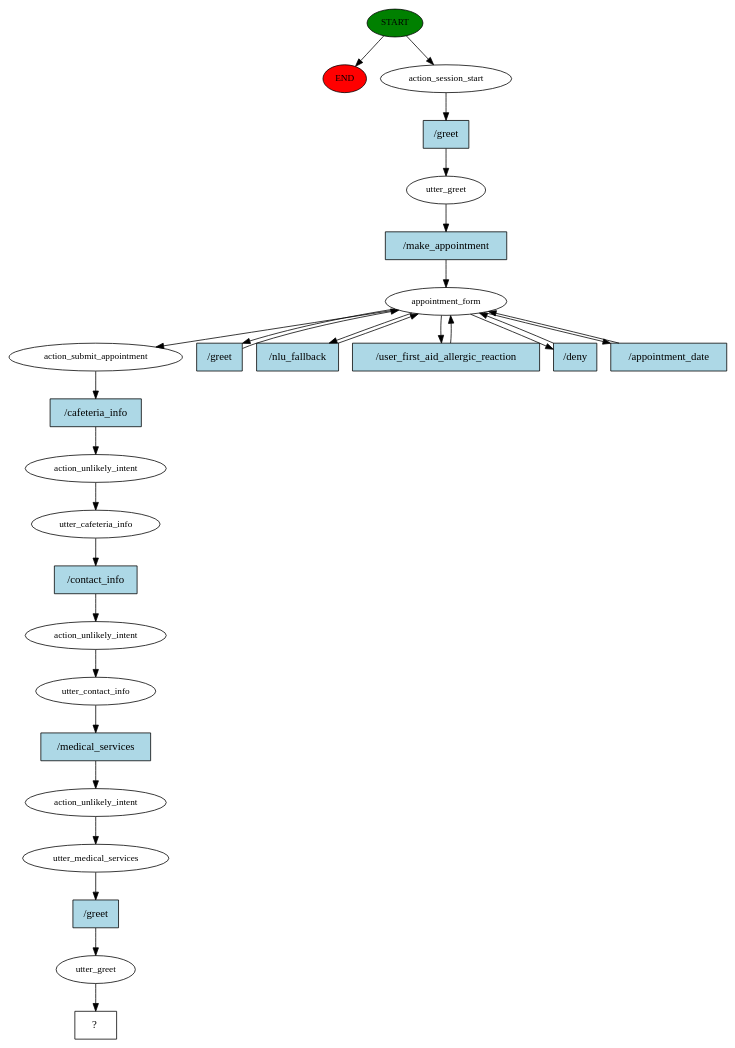
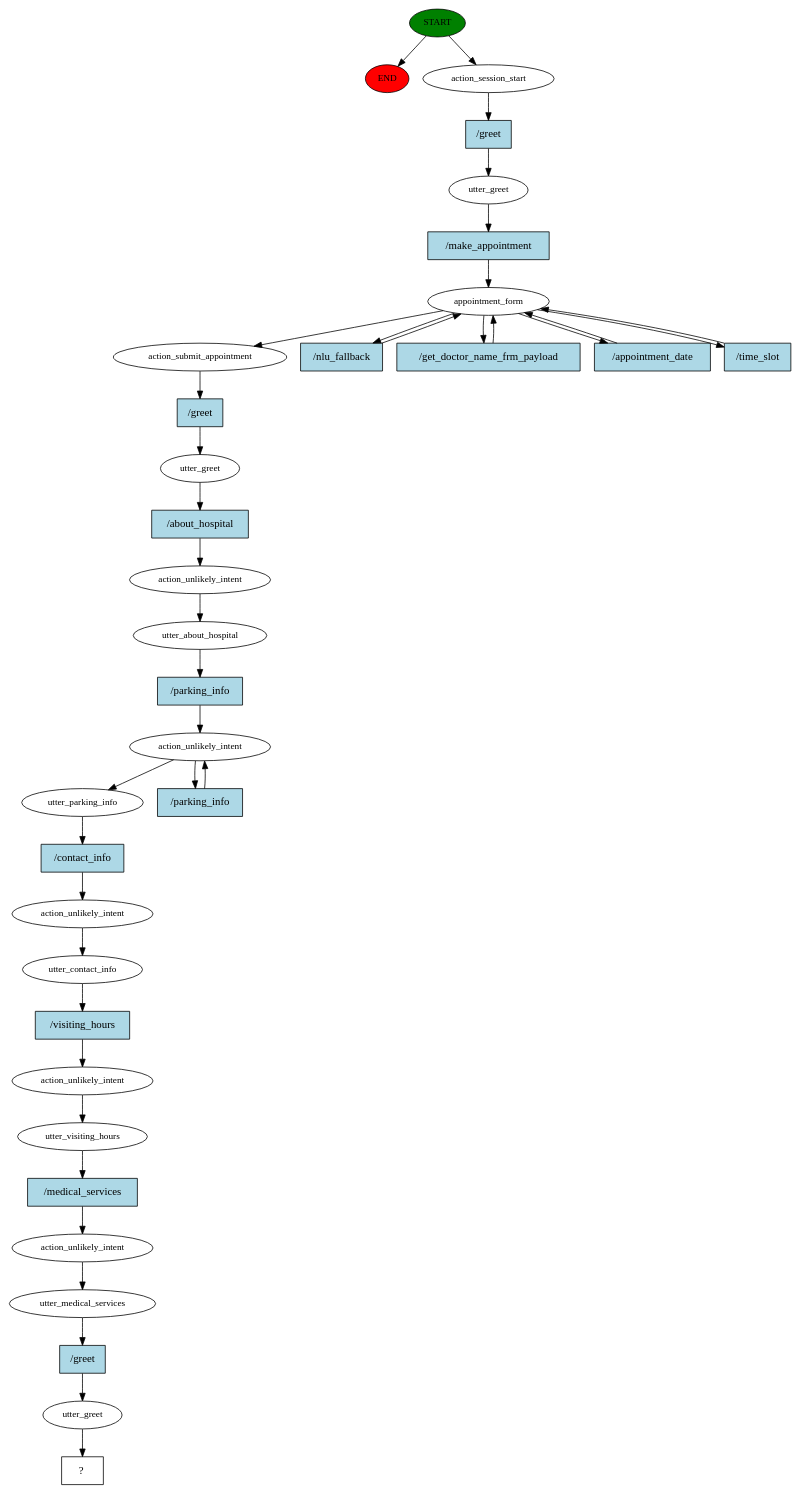
The diagram in story_graph.dot (Localized-Medical-Chatbot/Medical_Chatbot), drawn with Graphviz before and after one commit. The commit also changed 7 other files, not shown here.

```diff
--- a/story_graph.dot
+++ b/story_graph.dot
@@ -1,56 +1,72 @@
 digraph  {
 0 [class="start active", fillcolor=green, fontsize=12, label=START, style=filled];
 "-1" [class=end, fillcolor=red, fontsize=12, label=END, style=filled];
 1 [class=active, fontsize=12, label=action_session_start];
 2 [class=active, fontsize=12, label=utter_greet];
 3 [class=active, fontsize=12, label=appointment_form];
 10 [class=active, fontsize=12, label=action_submit_appointment];
-11 [class=active, fontsize=12, label=action_unlikely_intent];
-12 [class=active, fontsize=12, label=utter_cafeteria_info];
-13 [class=active, fontsize=12, label=action_unlikely_intent];
-14 [class=active, fontsize=12, label=utter_contact_info];
-15 [class=active, fontsize=12, label=action_unlikely_intent];
-16 [class=active, fontsize=12, label=utter_medical_services];
-17 [class=active, fontsize=12, label=utter_greet];
-18 [class="intent dashed active", label="  ?  ", shape=rect];
-19 [class="intent active", fillcolor=lightblue, label="/greet", shape=rect, style=filled];
-20 [class="intent active", fillcolor=lightblue, label="/make_appointment", shape=rect, style=filled];
-21 [class="intent active", fillcolor=lightblue, label="/greet", shape=rect, style=filled];
-22 [class="intent active", fillcolor=lightblue, label="/nlu_fallback", shape=rect, style=filled];
-23 [class="intent active", fillcolor=lightblue, label="/user_first_aid_allergic_reaction", shape=rect, style=filled];
-24 [class="intent active", fillcolor=lightblue, label="/deny", shape=rect, style=filled];
-25 [class="intent active", fillcolor=lightblue, label="/appointment_date", shape=rect, style=filled];
-26 [class="intent active", fillcolor=lightblue, label="/cafeteria_info", shape=rect, style=filled];
-27 [class="intent active", fillcolor=lightblue, label="/contact_info", shape=rect, style=filled];
-28 [class="intent active", fillcolor=lightblue, label="/medical_services", shape=rect, style=filled];
-29 [class="intent active", fillcolor=lightblue, label="/greet", shape=rect, style=filled];
+11 [class=active, fontsize=12, label=utter_greet];
+12 [class=active, fontsize=12, label=action_unlikely_intent];
+13 [class=active, fontsize=12, label=utter_about_hospital];
+14 [class=active, fontsize=12, label=action_unlikely_intent];
+16 [class=active, fontsize=12, label=utter_parking_info];
+17 [class=active, fontsize=12, label=action_unlikely_intent];
+18 [class=active, fontsize=12, label=utter_contact_info];
+19 [class=active, fontsize=12, label=action_unlikely_intent];
+20 [class=active, fontsize=12, label=utter_visiting_hours];
+21 [class=active, fontsize=12, label=action_unlikely_intent];
+22 [class=active, fontsize=12, label=utter_medical_services];
+23 [class=active, fontsize=12, label=utter_greet];
+24 [class="intent dashed active", label="  ?  ", shape=rect];
+25 [class="intent active", fillcolor=lightblue, label="/greet", shape=rect, style=filled];
+26 [class="intent active", fillcolor=lightblue, label="/make_appointment", shape=rect, style=filled];
+27 [class="intent active", fillcolor=lightblue, label="/nlu_fallback", shape=rect, style=filled];
+28 [class="intent active", fillcolor=lightblue, label="/get_doctor_name_frm_payload", shape=rect, style=filled];
+29 [class="intent active", fillcolor=lightblue, label="/appointment_date", shape=rect, style=filled];
+30 [class="intent active", fillcolor=lightblue, label="/time_slot", shape=rect, style=filled];
+31 [class="intent active", fillcolor=lightblue, label="/greet", shape=rect, style=filled];
+32 [class="intent active", fillcolor=lightblue, label="/about_hospital", shape=rect, style=filled];
+33 [class="intent active", fillcolor=lightblue, label="/parking_info", shape=rect, style=filled];
+34 [class="intent active", fillcolor=lightblue, label="/parking_info", shape=rect, style=filled];
+35 [class="intent active", fillcolor=lightblue, label="/contact_info", shape=rect, style=filled];
+36 [class="intent active", fillcolor=lightblue, label="/visiting_hours", shape=rect, style=filled];
+37 [class="intent active", fillcolor=lightblue, label="/medical_services", shape=rect, style=filled];
+38 [class="intent active", fillcolor=lightblue, label="/greet", shape=rect, style=filled];
 0 -> "-1"  [class="", key=NONE, label=""];
 0 -> 1  [class=active, key=NONE, label=""];
-1 -> 19  [class=active, key=0];
-2 -> 20  [class=active, key=0];
+1 -> 25  [class=active, key=0];
+2 -> 26  [class=active, key=0];
 3 -> 10  [class=active, key=NONE, label=""];
-3 -> 21  [class=active, key=0];
-3 -> 22  [class=active, key=0];
-3 -> 23  [class=active, key=0];
-3 -> 24  [class=active, key=0];
-3 -> 25  [class=active, key=0];
-10 -> 26  [class=active, key=0];
-11 -> 12  [class=active, key=NONE, label=""];
-12 -> 27  [class=active, key=0];
-13 -> 14  [class=active, key=NONE, label=""];
-14 -> 28  [class=active, key=0];
-15 -> 16  [class=active, key=NONE, label=""];
-16 -> 29  [class=active, key=0];
+3 -> 27  [class=active, key=0];
+3 -> 28  [class=active, key=0];
+3 -> 29  [class=active, key=0];
+3 -> 30  [class=active, key=0];
+10 -> 31  [class=active, key=0];
+11 -> 32  [class=active, key=0];
+12 -> 13  [class=active, key=NONE, label=""];
+13 -> 33  [class=active, key=0];
+14 -> 16  [class=active, key=NONE, label=""];
+14 -> 34  [class=active, key=0];
+16 -> 35  [class=active, key=0];
 17 -> 18  [class=active, key=NONE, label=""];
-19 -> 2  [class=active, key=0];
-20 -> 3  [class=active, key=0];
-21 -> 3  [class=active, key=0];
-22 -> 3  [class=active, key=0];
-23 -> 3  [class=active, key=0];
-24 -> 3  [class=active, key=0];
-25 -> 3  [class=active, key=0];
-26 -> 11  [class=active, key=0];
-27 -> 13  [class=active, key=0];
-28 -> 15  [class=active, key=0];
-29 -> 17  [class=active, key=0];
+18 -> 36  [class=active, key=0];
+19 -> 20  [class=active, key=NONE, label=""];
+20 -> 37  [class=active, key=0];
+21 -> 22  [class=active, key=NONE, label=""];
+22 -> 38  [class=active, key=0];
+23 -> 24  [class=active, key=NONE, label=""];
+25 -> 2  [class=active, key=0];
+26 -> 3  [class=active, key=0];
+27 -> 3  [class=active, key=0];
+28 -> 3  [class=active, key=0];
+29 -> 3  [class=active, key=0];
+30 -> 3  [class=active, key=0];
+31 -> 11  [class=active, key=0];
+32 -> 12  [class=active, key=0];
+33 -> 14  [class=active, key=0];
+34 -> 14  [class=active, key=0];
+35 -> 17  [class=active, key=0];
+36 -> 19  [class=active, key=0];
+37 -> 21  [class=active, key=0];
+38 -> 23  [class=active, key=0];
 }
```
